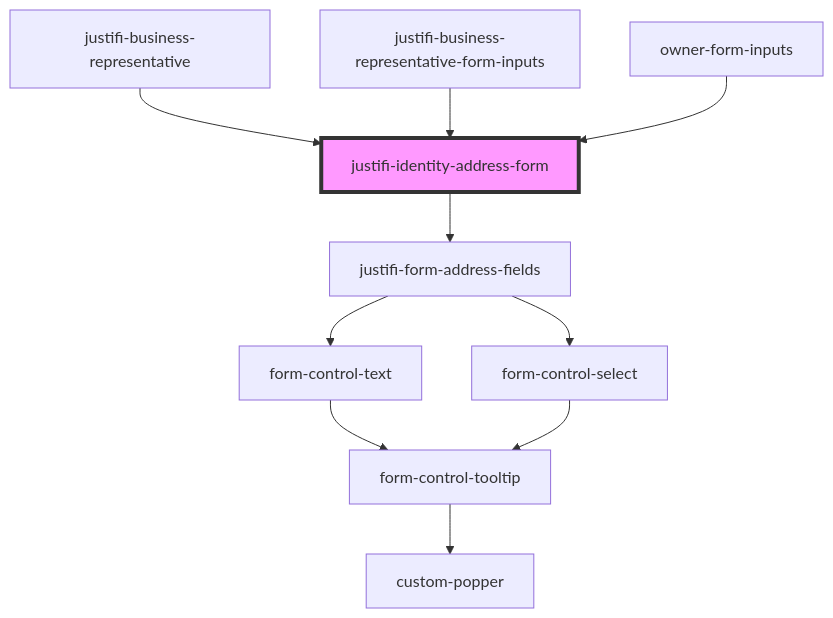
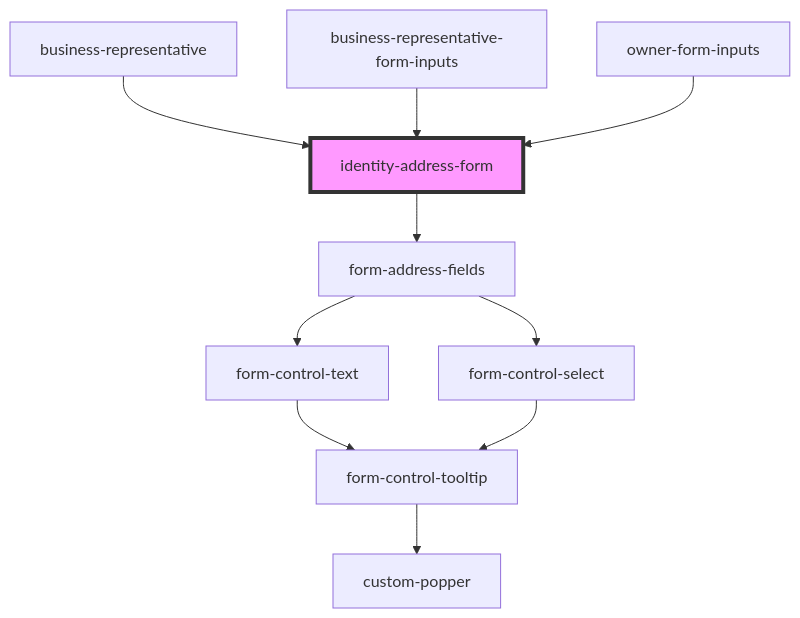
Before and after one commit to justifi-tech/web-component-library: the diagram in packages/webcomponents/src/components/business-forms/owner-form/identity-address/readme.md, drawn with Mermaid. The commit also changed other lines of this file and 236 other files, not shown here.

````diff
--- a/packages/webcomponents/src/components/business-forms/owner-form/identity-address/readme.md
+++ b/packages/webcomponents/src/components/business-forms/owner-form/identity-address/readme.md
@@ -31,13 +31,13 @@
 ```mermaid
 graph TD;
-  justifi-identity-address-form --> justifi-form-address-fields
-  justifi-form-address-fields --> form-control-text
-  justifi-form-address-fields --> form-control-select
+  identity-address-form --> form-address-fields
+  form-address-fields --> form-control-text
+  form-address-fields --> form-control-select
   form-control-text --> form-control-tooltip
   form-control-tooltip --> custom-popper
   form-control-select --> form-control-tooltip
-  justifi-business-representative --> justifi-identity-address-form
-  justifi-business-representative-form-inputs --> justifi-identity-address-form
-  owner-form-inputs --> justifi-identity-address-form
-  style justifi-identity-address-form fill:#f9f,stroke:#333,stroke-width:4px
+  business-representative --> identity-address-form
+  business-representative-form-inputs --> identity-address-form
+  owner-form-inputs --> identity-address-form
+  style identity-address-form fill:#f9f,stroke:#333,stroke-width:4px
 ```
````
